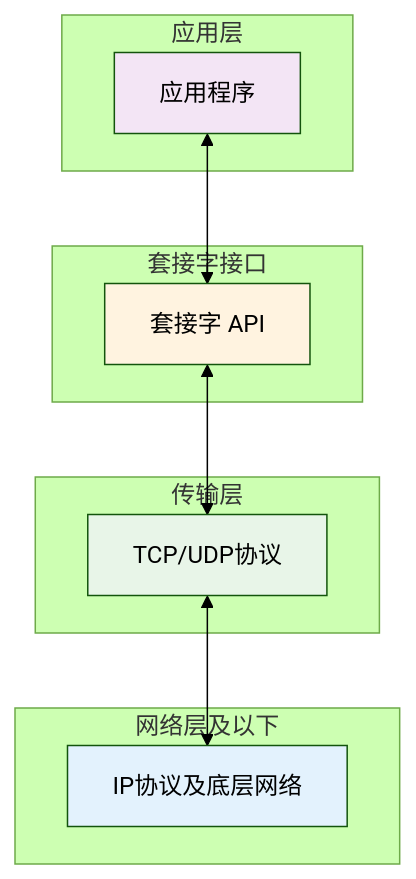
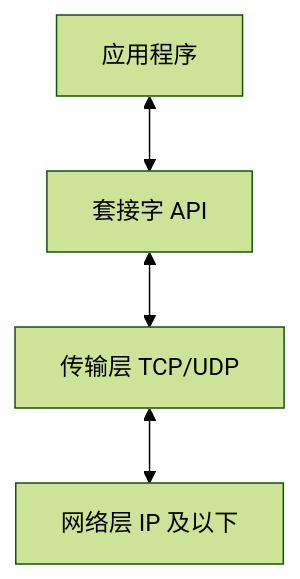
The eighth of 9 diagrams in 计算机网络/3.1传输层：服务模型与多路复用.md (Dtheme/CS-base), drawn with Mermaid (forest theme) before and after one commit. The commit also changed other lines of this file and 51 other files, not shown here.

````diff
--- a/计算机网络/3.1传输层：服务模型与多路复用.md
+++ b/计算机网络/3.1传输层：服务模型与多路复用.md
@@ -481,26 +410,6 @@
 ```mermaid
 graph TD
-    subgraph "应用层"
-        APP[应用程序]
-        style APP fill:#f3e5f5,color:#000000
-    end
-    
-    subgraph "套接字接口"
-        SOCKET[套接字 API]
-        style SOCKET fill:#fff3e0,color:#000000
-    end
-    
-    subgraph "传输层"
-        TRANSPORT[TCP/UDP协议]
-        style TRANSPORT fill:#e8f5e8,color:#000000
-    end
-    
-    subgraph "网络层及以下"
-        NETWORK[IP协议及底层网络]
-        style NETWORK fill:#e3f2fd,color:#000000
-    end
-    
-    APP <--> SOCKET
-    SOCKET <--> TRANSPORT  
-    TRANSPORT <--> NETWORK
+    APP[应用程序] <--> SOCKET[套接字 API]
+    SOCKET <--> TRANSPORT[传输层 TCP/UDP]
+    TRANSPORT <--> NETWORK[网络层 IP 及以下]
 ```
````
